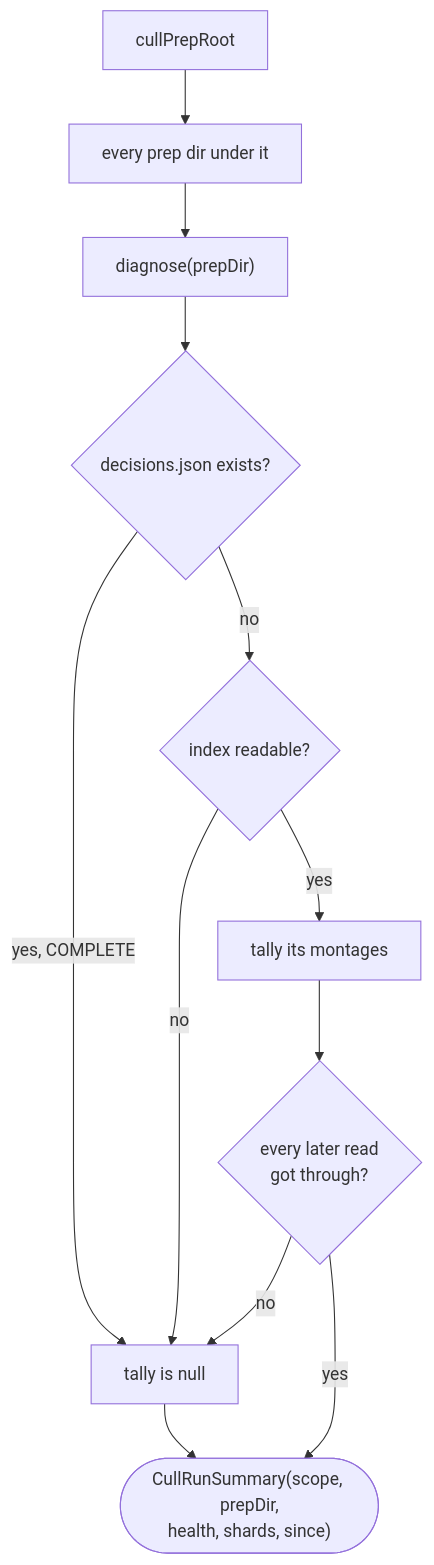
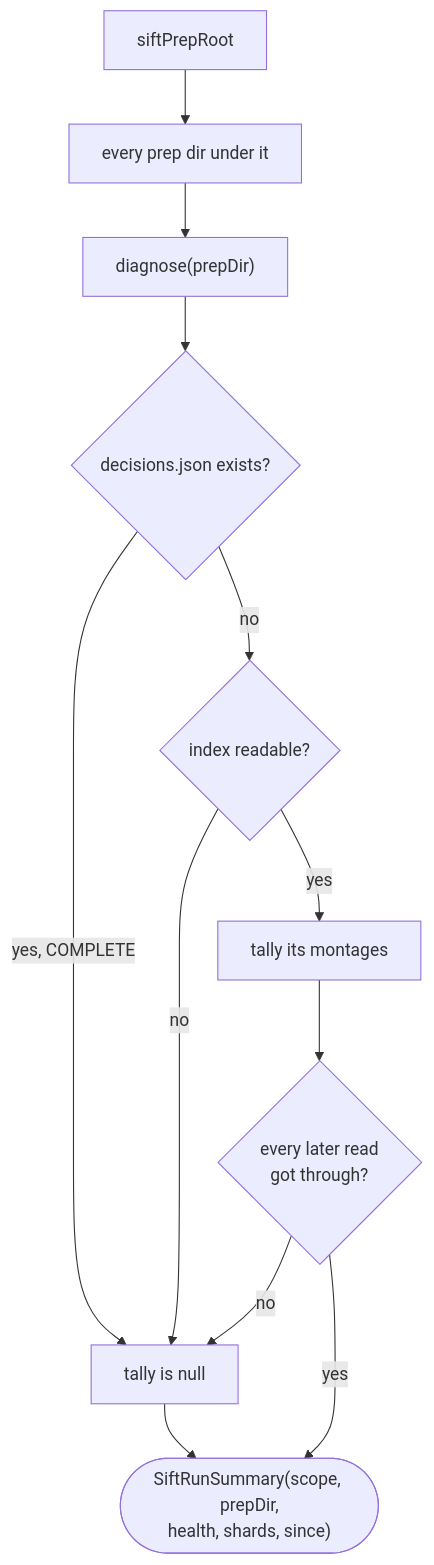
One commit to AdrianNachev91/sluice changed the first of 2 diagrams in app/docs/design/application/service/prep-dir-doctor.md. Above: the diagram before and after it, drawn with Mermaid. The commit also changed other lines of this file and 379 other files, not shown here.

First line of the commit message:
refactor(sift): cull becomes sift, and the vision port becomes a sieve

````diff
--- a/app/docs/design/application/service/prep-dir-doctor.md
+++ b/app/docs/design/application/service/prep-dir-doctor.md
@@ -47,14 +47,14 @@
 ```mermaid
 flowchart TD
-    A["cullPrepRoot"] --> B["every prep dir under it"]
+    A["siftPrepRoot"] --> B["every prep dir under it"]
     B --> C["diagnose(prepDir)"]
     C --> H{"decisions.json exists?"}
     H -- "yes, COMPLETE" --> F["tally is null"]
     H -- no --> D{"index readable?"}
     D -- no --> F
     D -- yes --> E["tally its montages"]
     E --> I{"every later read<br/>got through?"}
     I -- no --> F
-    I -- yes --> G(["CullRunSummary(scope, prepDir,<br/>health, shards, since)"])
+    I -- yes --> G(["SiftRunSummary(scope, prepDir,<br/>health, shards, since)"])
     F --> G
 ```
````
